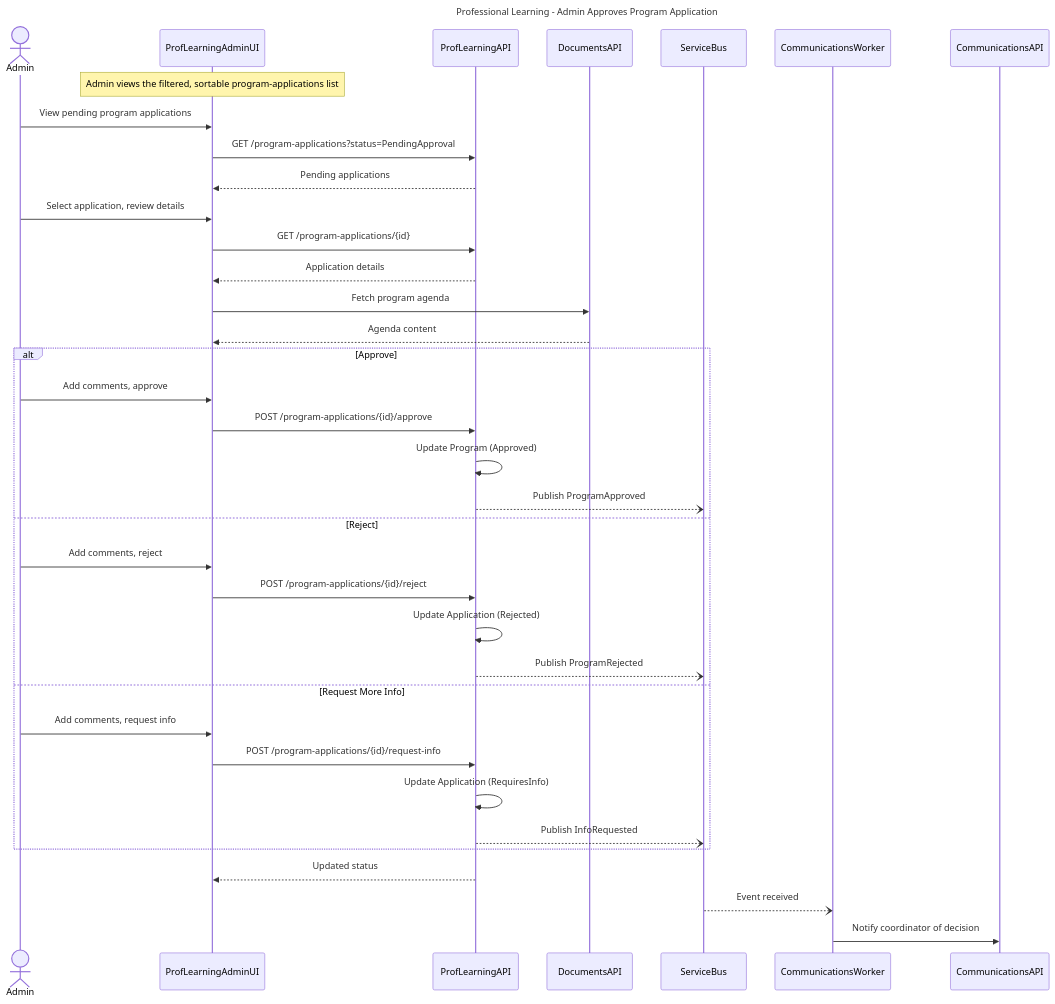
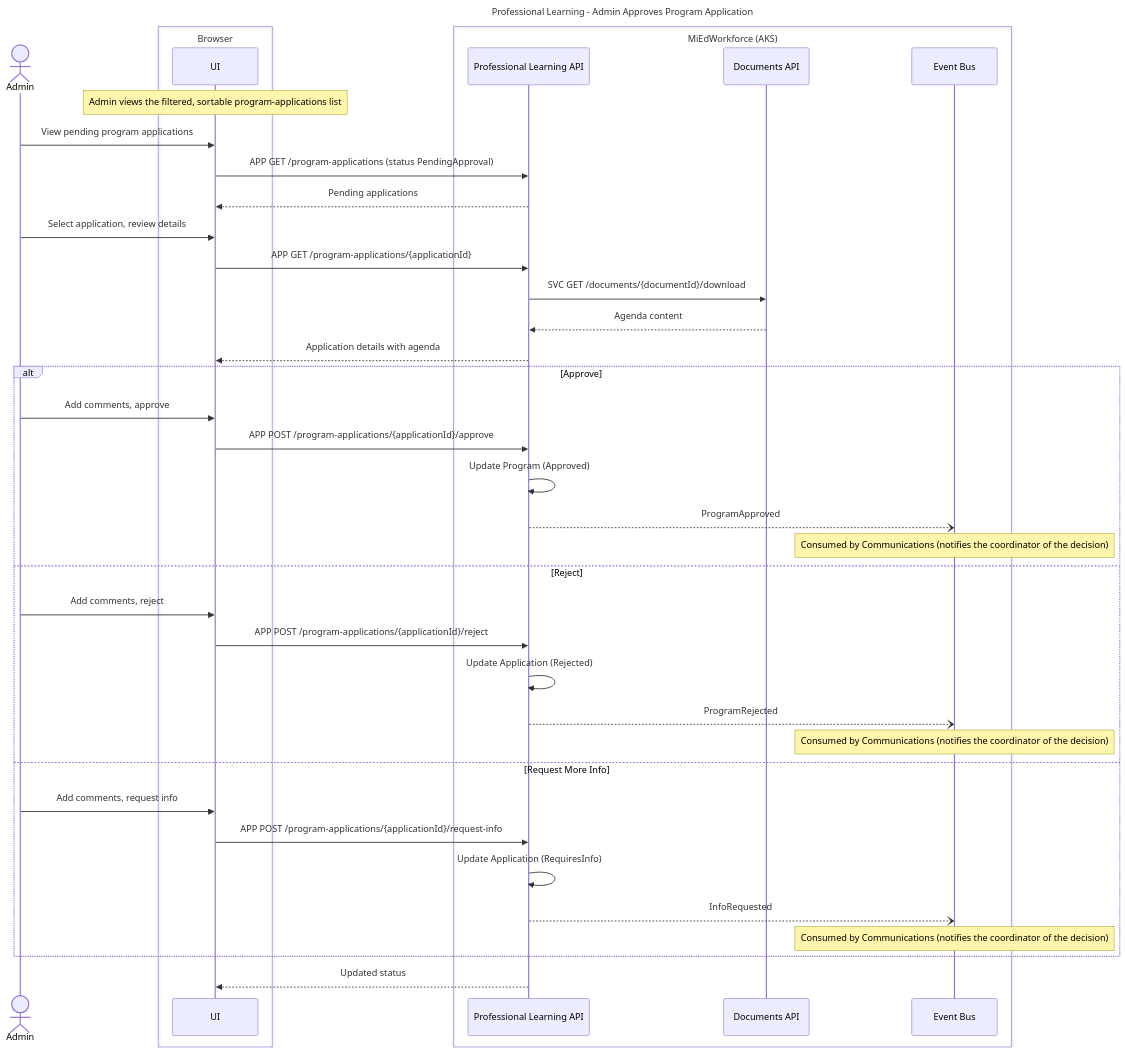
One commit to mnichols-dl/mied-design changed the second of 10 diagrams in working-docs/solution-areas/proflearning/proflearning-sequences.md. Above: the diagram before and after it, drawn with Mermaid. The commit also changed other lines of this file and 34 other files, not shown here.

Commit message:
Update sequences and perform RTM assessment

````diff
--- a/working-docs/solution-areas/proflearning/proflearning-sequences.md
+++ b/working-docs/solution-areas/proflearning/proflearning-sequences.md
@@ -48,44 +54,48 @@
 ```mermaid
 ---
 title: Professional Learning - Admin Approves Program Application
 ---
 sequenceDiagram
     actor Admin
-    participant ProfLearningAdminUI
-    participant ProfLearningAPI
-    participant DocumentsAPI
-    participant ServiceBus
-    
-    Note over ProfLearningAdminUI: Admin views the filtered, sortable program-applications list
-    Admin->>ProfLearningAdminUI: View pending program applications
-    ProfLearningAdminUI->>ProfLearningAPI: GET /program-applications?status=PendingApproval
-    ProfLearningAPI-->>ProfLearningAdminUI: Pending applications
-    
-    Admin->>ProfLearningAdminUI: Select application, review details
-    ProfLearningAdminUI->>ProfLearningAPI: GET /program-applications/{id}
-    ProfLearningAPI-->>ProfLearningAdminUI: Application details
-    ProfLearningAdminUI->>DocumentsAPI: Fetch program agenda
-    DocumentsAPI-->>ProfLearningAdminUI: Agenda content
-    
+    box Browser
+        participant UI as UI
+    end
+    box MiEdWorkforce (AKS)
+        participant ProfLearningApi as Professional Learning API
+        participant DocumentsApi as Documents API
+        participant EventBus as Event Bus
+    end
+
+    Note over UI: Admin views the filtered, sortable program-applications list
+    Admin->>UI: View pending program applications
+    UI->>ProfLearningApi: APP GET /program-applications (status PendingApproval)
+    ProfLearningApi-->>UI: Pending applications
+
+    Admin->>UI: Select application, review details
+    UI->>ProfLearningApi: APP GET /program-applications/{applicationId}
+    ProfLearningApi->>DocumentsApi: SVC GET /documents/{documentId}/download
+    DocumentsApi-->>ProfLearningApi: Agenda content
+    ProfLearningApi-->>UI: Application details with agenda
+
     alt Approve
-        Admin->>ProfLearningAdminUI: Add comments, approve
-        ProfLearningAdminUI->>ProfLearningAPI: POST /program-applications/{id}/approve
-        ProfLearningAPI->>ProfLearningAPI: Update Program (Approved)
-        ProfLearningAPI--)ServiceBus: Publish ProgramApproved
+        Admin->>UI: Add comments, approve
+        UI->>ProfLearningApi: APP POST /program-applications/{applicationId}/approve
+        ProfLearningApi->>ProfLearningApi: Update Program (Approved)
+        ProfLearningApi--)EventBus: ProgramApproved
+        Note over EventBus: Consumed by Communications (notifies the coordinator of the decision)
     else Reject
-        Admin->>ProfLearningAdminUI: Add comments, reject
-        ProfLearningAdminUI->>ProfLearningAPI: POST /program-applications/{id}/reject
-        ProfLearningAPI->>ProfLearningAPI: Update Application (Rejected)
-        ProfLearningAPI--)ServiceBus: Publish ProgramRejected
+        Admin->>UI: Add comments, reject
+        UI->>ProfLearningApi: APP POST /program-applications/{applicationId}/reject
+        ProfLearningApi->>ProfLearningApi: Update Application (Rejected)
+        ProfLearningApi--)EventBus: ProgramRejected
+        Note over EventBus: Consumed by Communications (notifies the coordinator of the decision)
     else Request More Info
-        Admin->>ProfLearningAdminUI: Add comments, request info
-        ProfLearningAdminUI->>ProfLearningAPI: POST /program-applications/{id}/request-info
-        ProfLearningAPI->>ProfLearningAPI: Update Application (RequiresInfo)
-        ProfLearningAPI--)ServiceBus: Publish InfoRequested
+        Admin->>UI: Add comments, request info
+        UI->>ProfLearningApi: APP POST /program-applications/{applicationId}/request-info
+        ProfLearningApi->>ProfLearningApi: Update Application (RequiresInfo)
+        ProfLearningApi--)EventBus: InfoRequested
+        Note over EventBus: Consumed by Communications (notifies the coordinator of the decision)
     end
-    
-    ProfLearningAPI-->>ProfLearningAdminUI: Updated status
-    
-    ServiceBus--)CommunicationsWorker: Event received
-    CommunicationsWorker->>CommunicationsAPI: Notify coordinator of decision
+
+    ProfLearningApi-->>UI: Updated status
 ```
````
